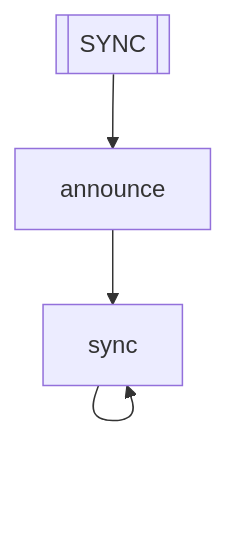
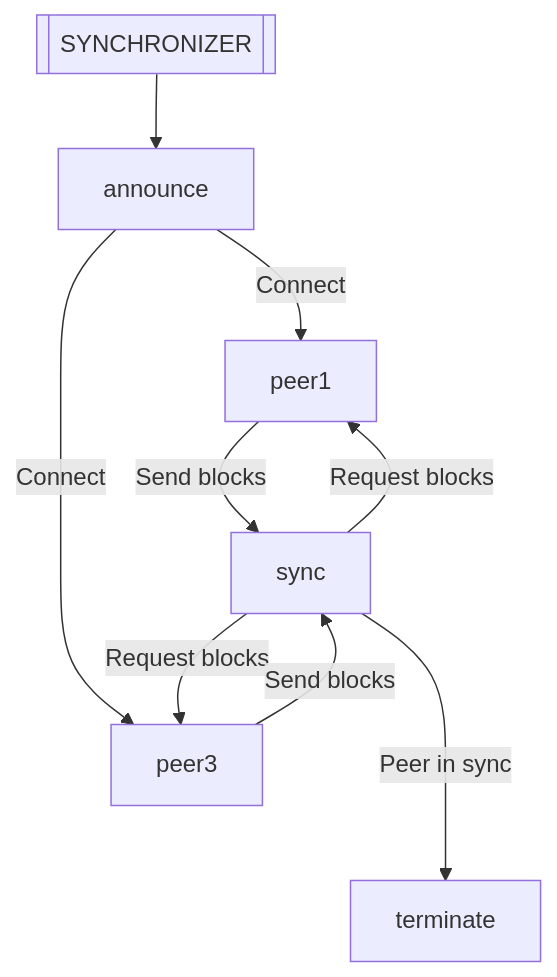
The second of 4 diagrams in README.md (oxarbitrage/zcash-p2p-spec), drawn with Mermaid before and after one commit. The commit also changed other lines of this file and 1 other file, not shown here.

````diff
--- a/README.md
+++ b/README.md
@@ -22,6 +58,11 @@
 ```mermaid
 flowchart TD
-SYNC[[SYNC]] --> announce
-announce --> sync
-sync --> sync
+SYNCHRONIZER[[SYNCHRONIZER]] --> announce
+announce --> |Connect|peer1
+announce --> |Connect|peer3
+sync --> |Request blocks|peer1
+peer1 --> |Send blocks|sync
+sync --> |Request blocks|peer3
+peer3 --> |Send blocks|sync
+sync ---> |Peer in sync|terminate
 ```
````
